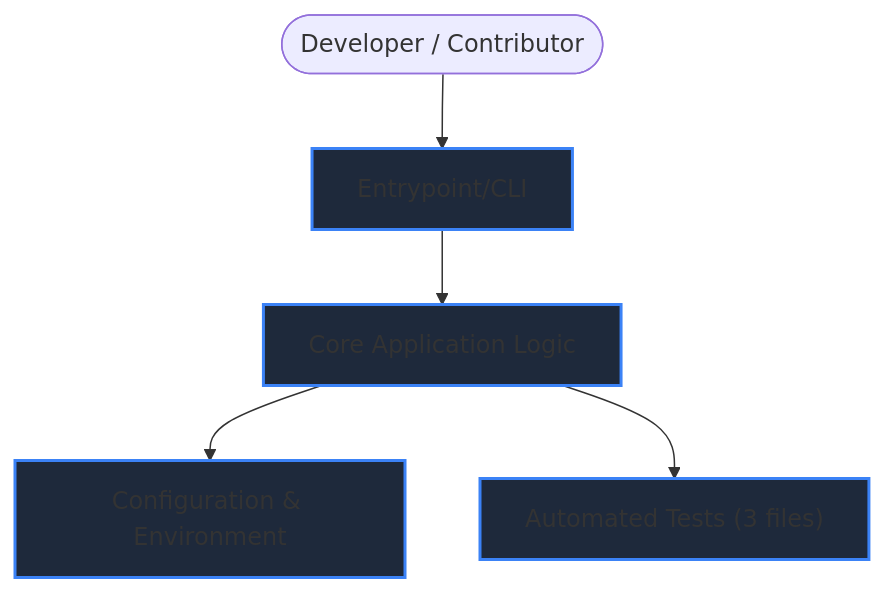
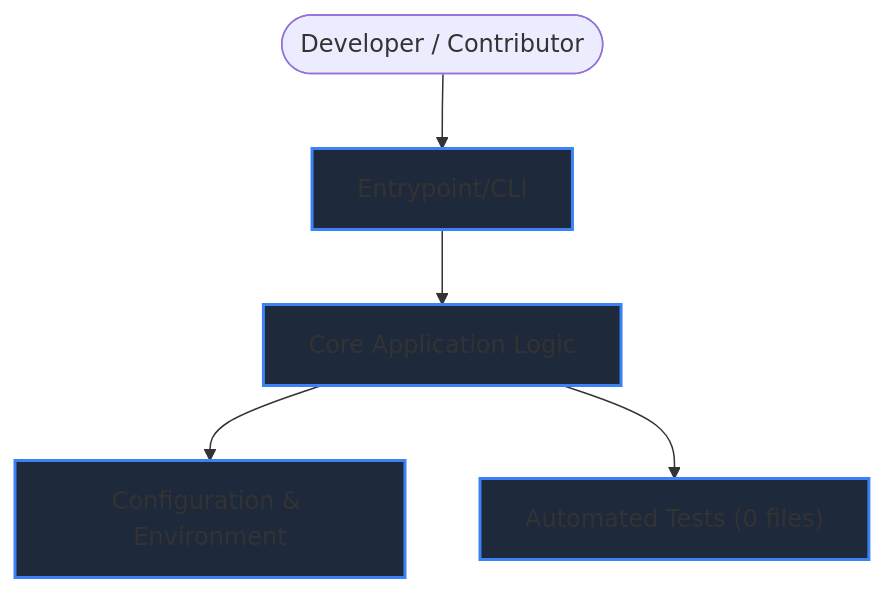
Before and after one commit to sukrut07/FirstPatch: the diagram in docs/generated/ARCHITECTURE.md, drawn with Mermaid. The commit also changed other lines of this file and 11 other files, not shown here.

````diff
--- a/docs/generated/ARCHITECTURE.md
+++ b/docs/generated/ARCHITECTURE.md
@@ -8,9 +8,9 @@
 ```mermaid
 graph TD
     User([Developer / Contributor]) --> Entry["Entrypoint/CLI"]
     Entry --> Core[Core Application Logic]
     Core --> Config[Configuration & Environment]
-    Core --> Tests["Automated Tests (3 files)"]
+    Core --> Tests["Automated Tests (0 files)"]
     classDef verified fill:#1e293b,stroke:#3b82f6,stroke-width:2px;
     class Entry,Core,Config,Tests verified;
 ```
````
